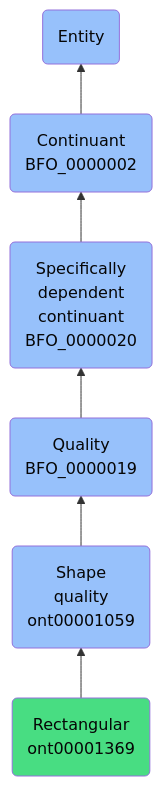
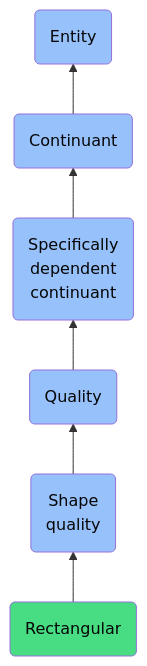
Before and after one commit to jupyter-naas/abi: the diagram in docs/ontology/reference/model/Entity/Continuant/Specifically dependent continuant/Quality/Shape quality/Rectangular/Rectangular.md, drawn with Mermaid. The commit also changed other lines of this file and 1430 other files, not shown here.

````diff
--- a/docs/ontology/reference/model/Entity/Continuant/Specifically dependent continuant/Quality/Shape quality/Rectangular/Rectangular.md
+++ b/docs/ontology/reference/model/Entity/Continuant/Specifically dependent continuant/Quality/Shape quality/Rectangular/Rectangular.md
@@ -24,13 +24,13 @@
 ```mermaid
 graph BT
-    ont00001369(Rectangular<br>ont00001369):::ABI-->ont00001059
-    ont00001059(Shape<br>quality<br>ont00001059):::BFO-->BFO_0000019
-    BFO_0000019(Quality<br>BFO_0000019):::BFO-->BFO_0000020
-    BFO_0000020(Specifically<br>dependent<br>continuant<br>BFO_0000020):::BFO-->BFO_0000002
-    BFO_0000002(Continuant<br>BFO_0000002):::BFO-->BFO_0000001
+    ont00001369(Rectangular):::ABI-->ont00001059
+    ont00001059(Shape<br>quality):::BFO-->BFO_0000019
+    BFO_0000019(Quality):::BFO-->BFO_0000020
+    BFO_0000020(Specifically<br>dependent<br>continuant):::BFO-->BFO_0000002
+    BFO_0000002(Continuant):::BFO-->BFO_0000001
     BFO_0000001(Entity):::BFO
     
     classDef BFO fill:#97c1fb,color:#060606
     classDef CCO fill:#e4c51e,color:#060606
     classDef ABI fill:#48DD82,color:#060606
 ```
````
